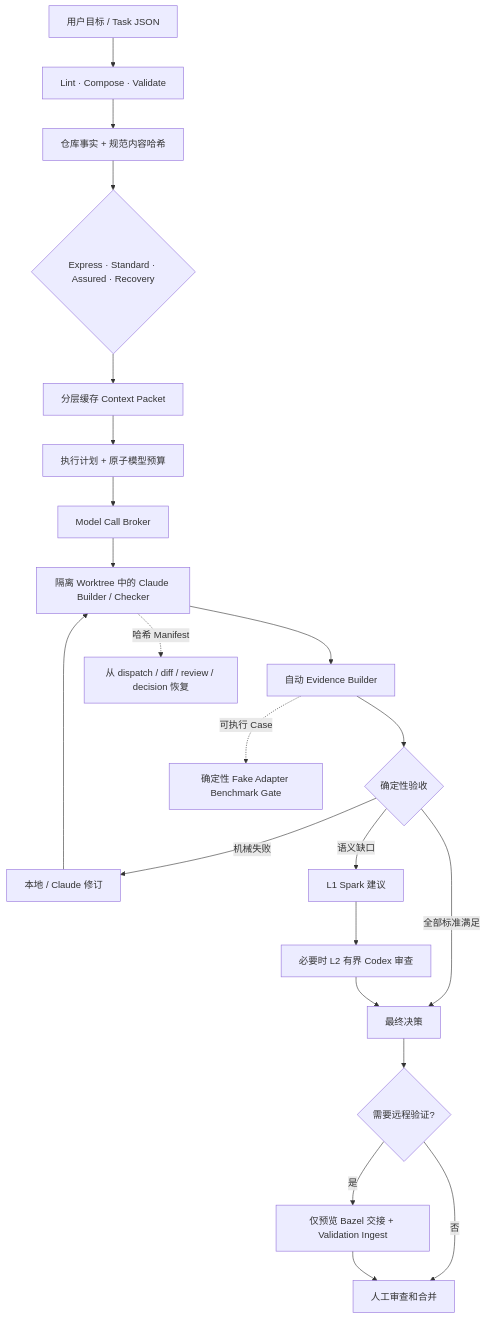
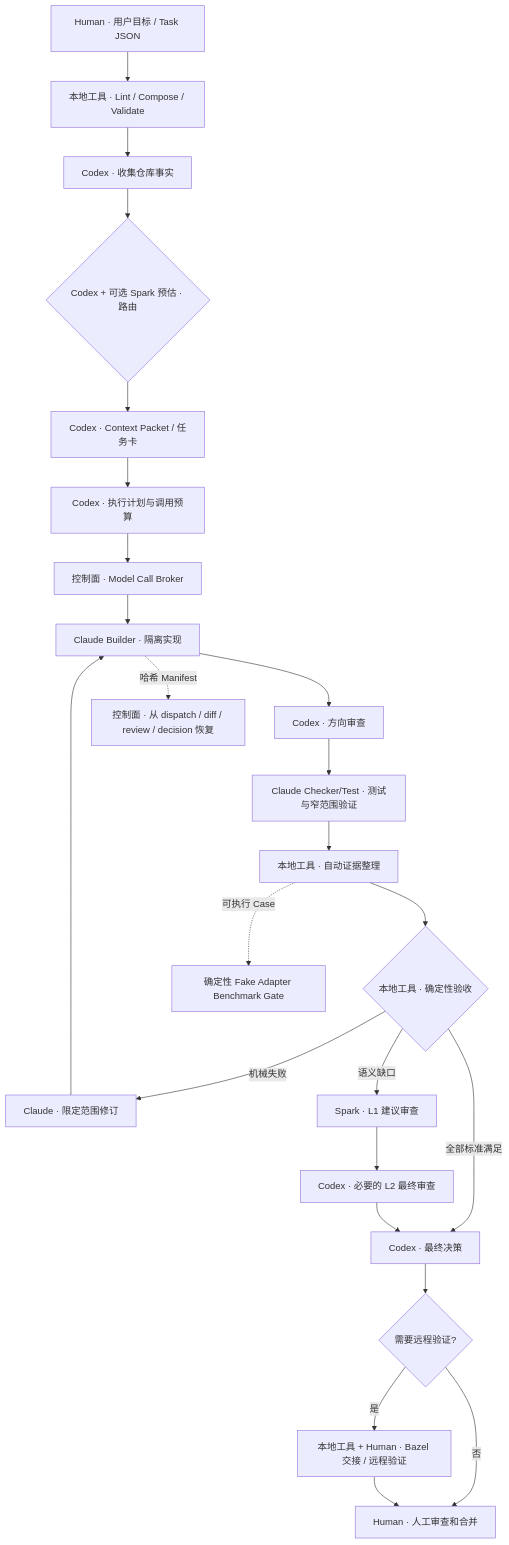
One commit to luozj1020/ai-coding-workflow changed the diagram in README_CN.md. Above: the diagram before and after it, drawn with Mermaid. The commit also changed other lines of this file and 19 other files, not shown here.

````diff
--- a/README_CN.md
+++ b/README_CN.md
@@ -53,24 +53,26 @@
 ```mermaid
 flowchart TD
-    U[用户目标 / Task JSON] --> L[Lint · Compose · Validate]
-    L --> F[仓库事实 + 规范内容哈希]
-    F --> R{Express · Standard · Assured · Recovery}
-    R --> C[分层缓存 Context Packet]
-    C --> P[执行计划 + 原子模型预算]
-    P --> B[Model Call Broker]
-    B --> D[隔离 Worktree 中的 Claude Builder / Checker]
-    D --> E[自动 Evidence Builder]
-    E --> A{确定性验收}
-    A -- 机械失败 --> LR[本地 / Claude 修订]
-    A -- 语义缺口 --> S[L1 Spark 建议]
-    S --> X[必要时 L2 有界 Codex 审查]
-    A -- 全部标准满足 --> FD[最终决策]
+    U[Human · 用户目标 / Task JSON] --> L[本地工具 · Lint / Compose / Validate]
+    L --> F[Codex · 收集仓库事实]
+    F --> R{Codex + 可选 Spark 预估 · 路由}
+    R --> C[Codex · Context Packet / 任务卡]
+    C --> P[Codex · 执行计划与调用预算]
+    P --> B[控制面 · Model Call Broker]
+    B --> D[Claude Builder · 隔离实现]
+    D --> CR[Codex · 方向审查]
+    CR --> CT[Claude Checker/Test · 测试与窄范围验证]
+    CT --> E[本地工具 · 自动证据整理]
+    E --> A{本地工具 · 确定性验收}
+    A -- 机械失败 --> LR[Claude · 限定范围修订]
+    A -- 语义缺口 --> S[Spark · L1 建议审查]
+    S --> X[Codex · 必要的 L2 最终审查]
+    A -- 全部标准满足 --> FD[Codex · 最终决策]
     X --> FD
     LR --> D
     FD --> H{需要远程验证?}
-    H -- 是 --> RH[仅预览 Bazel 交接 + Validation Ingest]
-    H -- 否 --> M[人工审查和合并]
+    H -- 是 --> RH[本地工具 + Human · Bazel 交接 / 远程验证]
+    H -- 否 --> M[Human · 人工审查和合并]
     RH --> M
-    D -. 哈希 Manifest .-> RS[从 dispatch / diff / review / decision 恢复]
+    D -. 哈希 Manifest .-> RS[控制面 · 从 dispatch / diff / review / decision 恢复]
     E -. 可执行 Case .-> BM[确定性 Fake Adapter Benchmark Gate]
 ```
````
